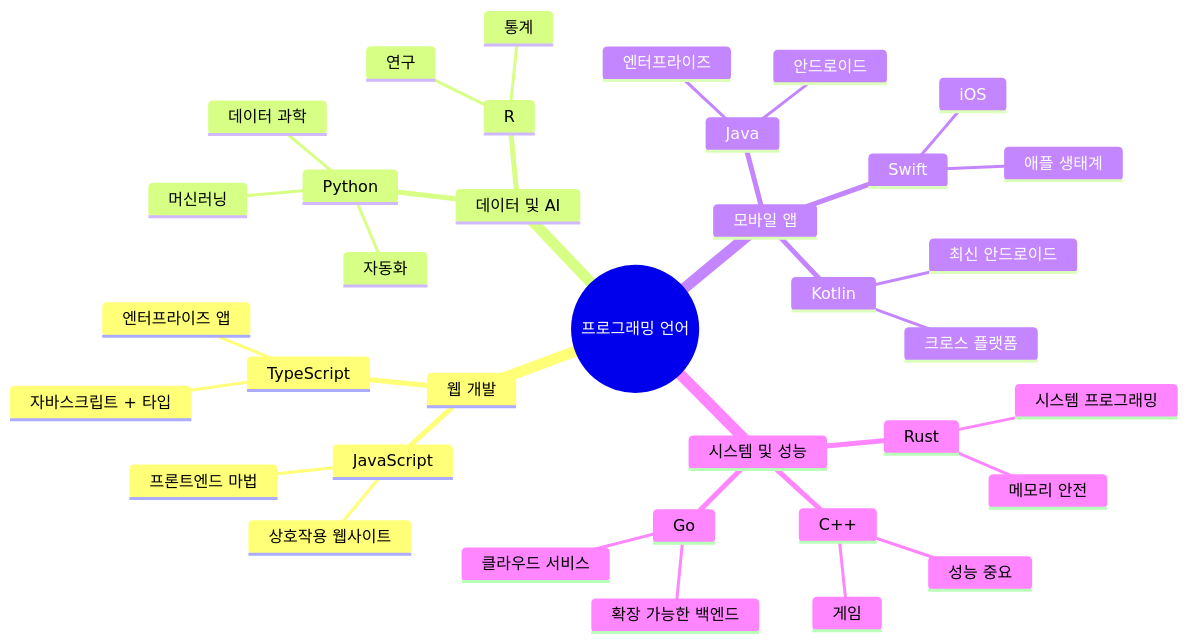
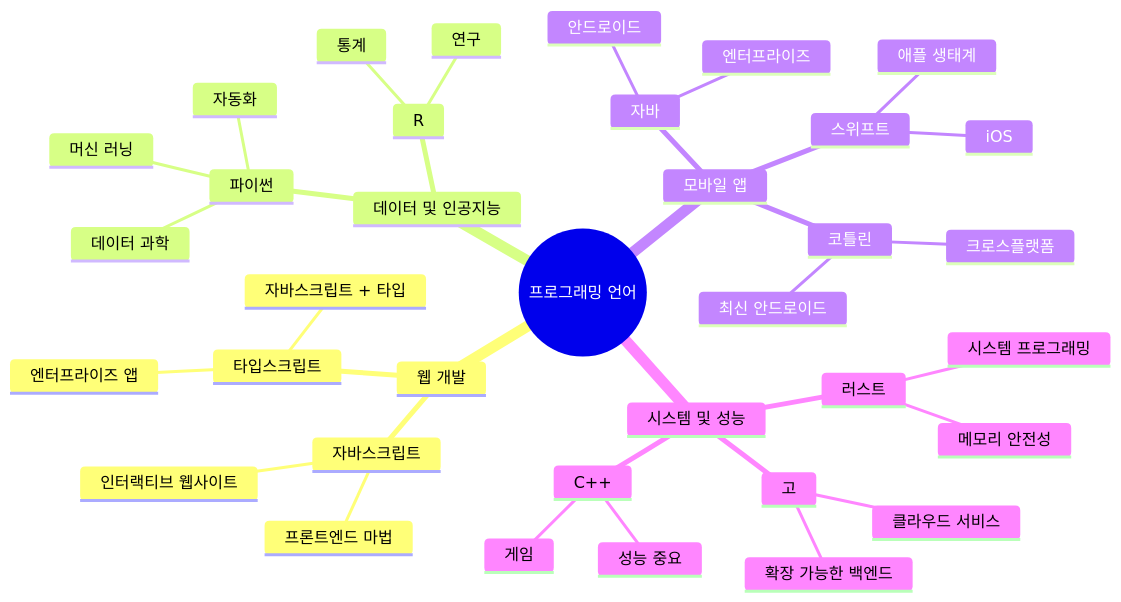
One commit to microsoft/Web-Dev-For-Beginners changed the second of 7 diagrams in translations/ko/1-getting-started-lessons/1-intro-to-programming-languages/README.md. Above: the diagram before and after it, drawn with Mermaid. The commit also changed other lines of this file and 8 other files, not shown here.

````diff
--- a/translations/ko/1-getting-started-lessons/1-intro-to-programming-languages/README.md
+++ b/translations/ko/1-getting-started-lessons/1-intro-to-programming-languages/README.md
@@ -85,39 +85,39 @@
 ```mermaid
 mindmap
   root((프로그래밍 언어))
     웹 개발
-      JavaScript
+      자바스크립트
         프론트엔드 마법
-        상호작용 웹사이트
-      TypeScript
+        인터랙티브 웹사이트
+      타입스크립트
         자바스크립트 + 타입
         엔터프라이즈 앱
-    데이터 및 AI
-      Python
+    데이터 및 인공지능
+      파이썬
         데이터 과학
-        머신러닝
+        머신 러닝
         자동화
       R
         통계
         연구
     모바일 앱
-      Java
+      자바
         안드로이드
         엔터프라이즈
-      Swift
+      스위프트
         iOS
         애플 생태계
-      Kotlin
+      코틀린
         최신 안드로이드
-        크로스 플랫폼
+        크로스플랫폼
     시스템 및 성능
       C++
         게임
         성능 중요
-      Rust
-        메모리 안전
+      러스트
+        메모리 안전성
         시스템 프로그래밍
-      Go
+      고
         클라우드 서비스
         확장 가능한 백엔드
 ```
````
